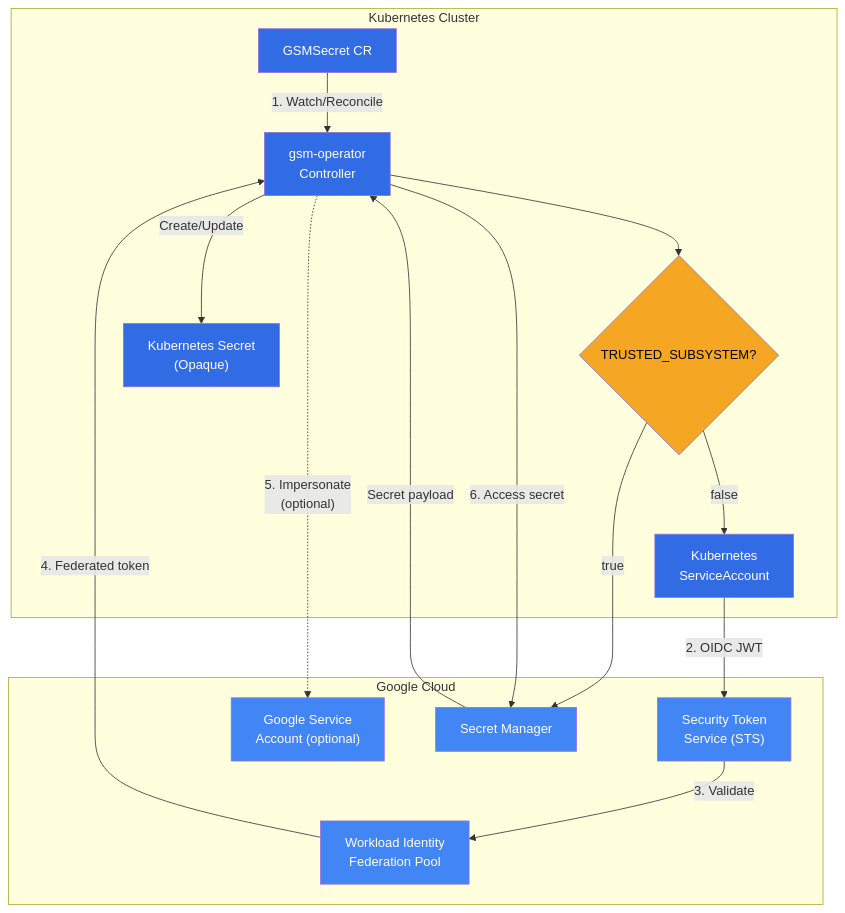
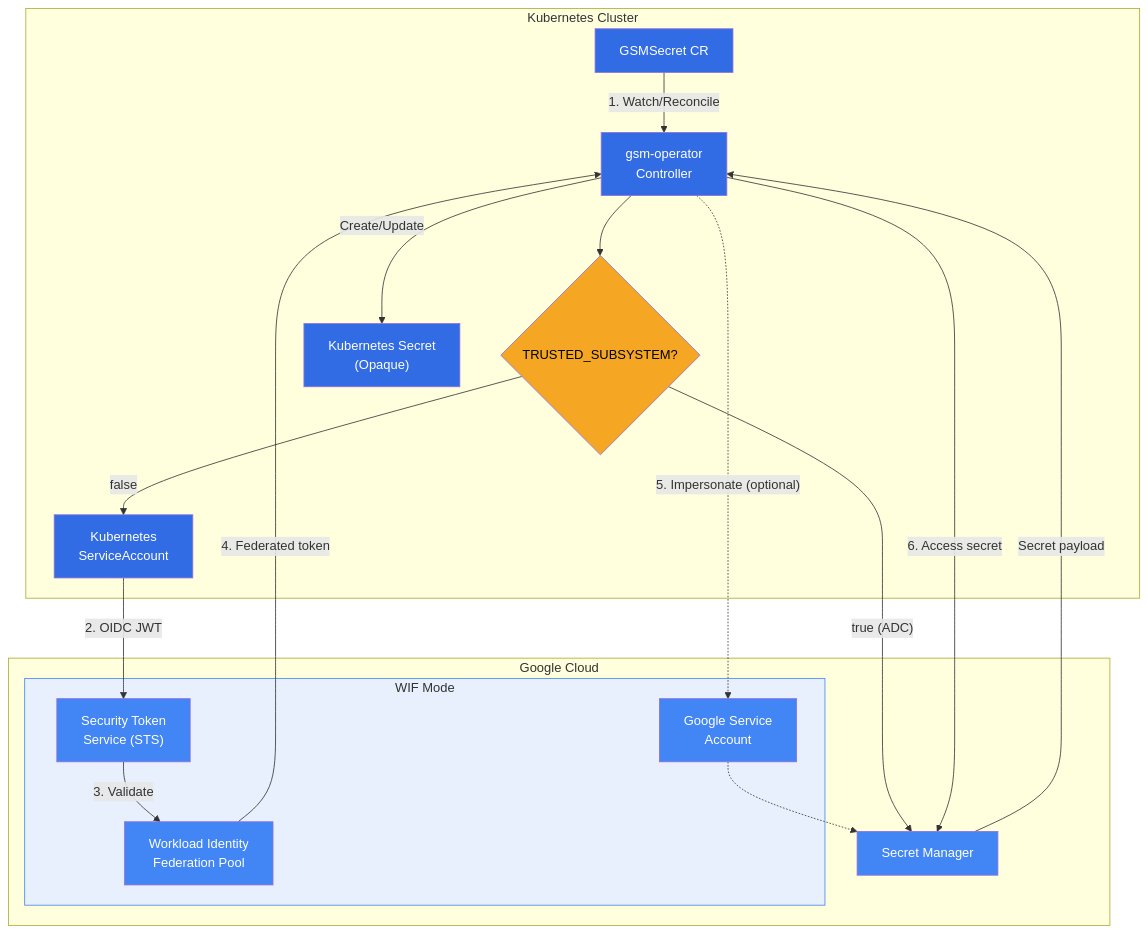
One commit to zeraholladay/gsm-operator changed the diagram in README.md. Above: the diagram before and after it, drawn with Mermaid.

````diff
--- a/README.md
+++ b/README.md
@@ -42,45 +42,49 @@
 ```mermaid
 flowchart TB
     subgraph k8s["Kubernetes Cluster"]
         gsmsecret["GSMSecret CR"]
         controller["gsm-operator<br/>Controller"]
         mode{"TRUSTED_SUBSYSTEM?"}
         ksa["Kubernetes<br/>ServiceAccount"]
         secret["Kubernetes Secret<br/>(Opaque)"]
     end
     
     subgraph gcp["Google Cloud"]
-        wif["Workload Identity<br/>Federation Pool"]
-        sts["Security Token<br/>Service (STS)"]
-        gsa["Google Service<br/>Account (optional)"]
+        subgraph wifflow["WIF Mode"]
+            wif["Workload Identity<br/>Federation Pool"]
+            sts["Security Token<br/>Service (STS)"]
+            gsa["Google Service<br/>Account"]
+        end
         gsm["Secret Manager"]
     end
     
     gsmsecret -->|"1. Watch/Reconcile"| controller
     controller --> mode
     
-    %% Trusted Subsystem Mode (direct path)
-    mode -->|"true"| gsm
+    %% Trusted Subsystem Mode (direct path via ADC)
+    mode -->|"true (ADC)"| gsm
     
     %% WIF Mode
     mode -->|"false"| ksa
     ksa -->|"2. OIDC JWT"| sts
     sts -->|"3. Validate"| wif
     wif -->|"4. Federated token"| controller
-    controller -.->|"5. Impersonate<br/>(optional)"| gsa
+    controller -.->|"5. Impersonate (optional)"| gsa
+    gsa -.-> gsm
     controller -->|"6. Access secret"| gsm
     
     %% Common return path
     gsm -->|"Secret payload"| controller
     controller -->|"Create/Update"| secret
 
     style gsmsecret fill:#326ce5,color:#fff
     style secret fill:#326ce5,color:#fff
     style controller fill:#326ce5,color:#fff
     style ksa fill:#326ce5,color:#fff
     style mode fill:#f5a623,color:#000
     style gsm fill:#4285f4,color:#fff
     style wif fill:#4285f4,color:#fff
     style sts fill:#4285f4,color:#fff
     style gsa fill:#4285f4,color:#fff
+    style wifflow fill:#e8f0fe,stroke:#4285f4
 ```
````
